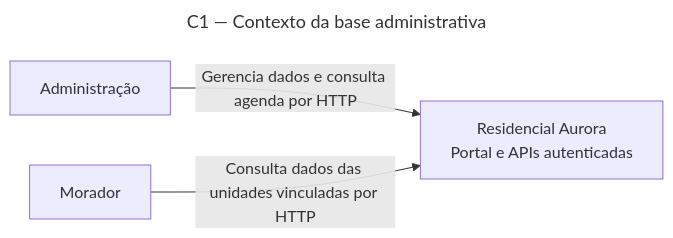
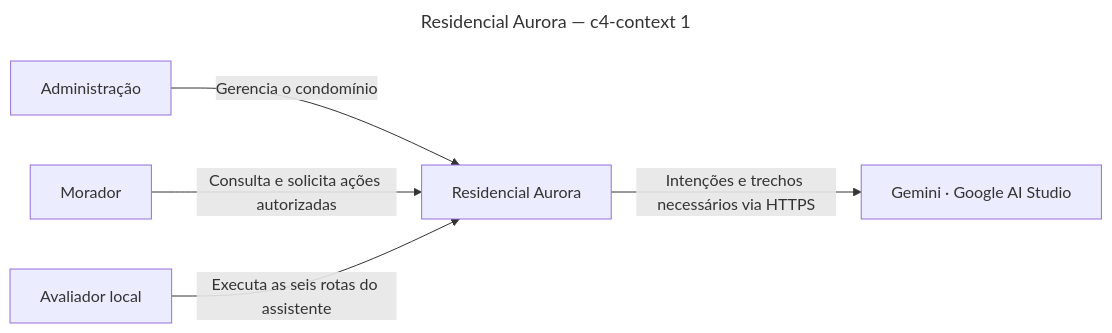
The first of 2 diagrams in docs/design/c4-context.md (LucasBiason/mba-ia-desafio-criacao-agente), drawn with Mermaid before and after one commit. The commit also changed other lines of this file and 493 other files, not shown here.

Commit message:
feat(aurora): entregue a base 0.1.0 e o assistente do residencial

````diff
--- a/docs/design/c4-context.md
+++ b/docs/design/c4-context.md
@@ -9,8 +7,10 @@
 ```mermaid
 ---
-title: C1 — Contexto da base administrativa
+title: Residencial Aurora — c4-context 1
 ---
 flowchart LR
-    ADMIN["Administração"] -->|"Gerencia dados e consulta agenda por HTTP"| AURORA["Residencial Aurora<br/>Portal e APIs autenticadas"]
-    RESIDENT["Morador"] -->|"Consulta dados das unidades vinculadas por HTTP"| AURORA
+    ADMIN["Administração"] -->|"Gerencia o condomínio"| AURORA["Residencial Aurora"]
+    RESIDENT["Morador"] -->|"Consulta e solicita ações autorizadas"| AURORA
+    EVAL["Avaliador local"] -->|"Executa as seis rotas do assistente"| AURORA
+    AURORA -->|"Intenções e trechos necessários via HTTPS"| GEMINI["Gemini · Google AI Studio"]
 ```
````
